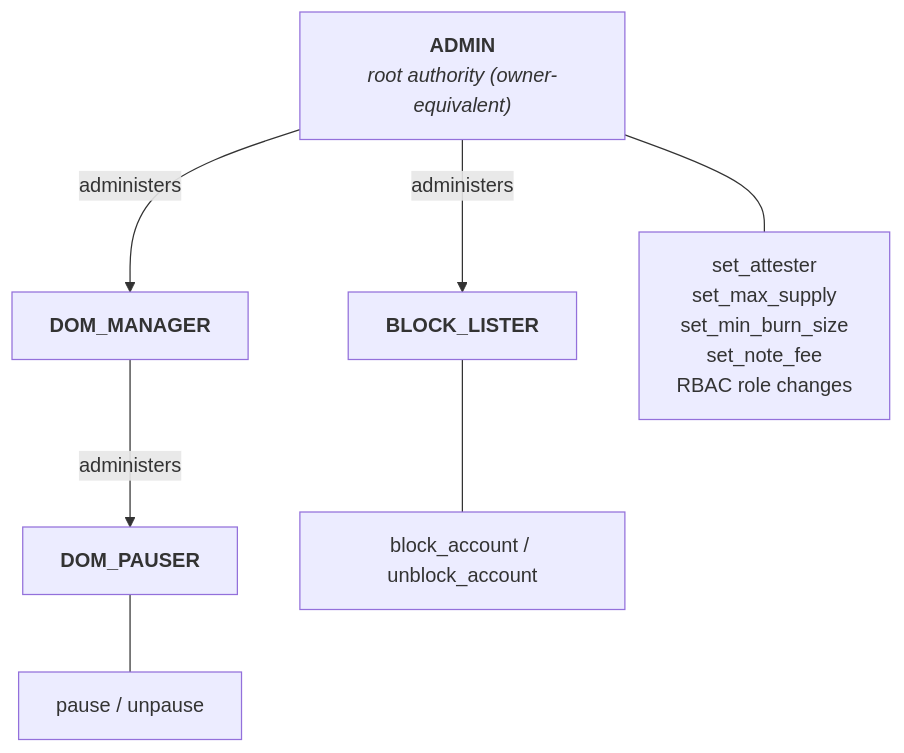
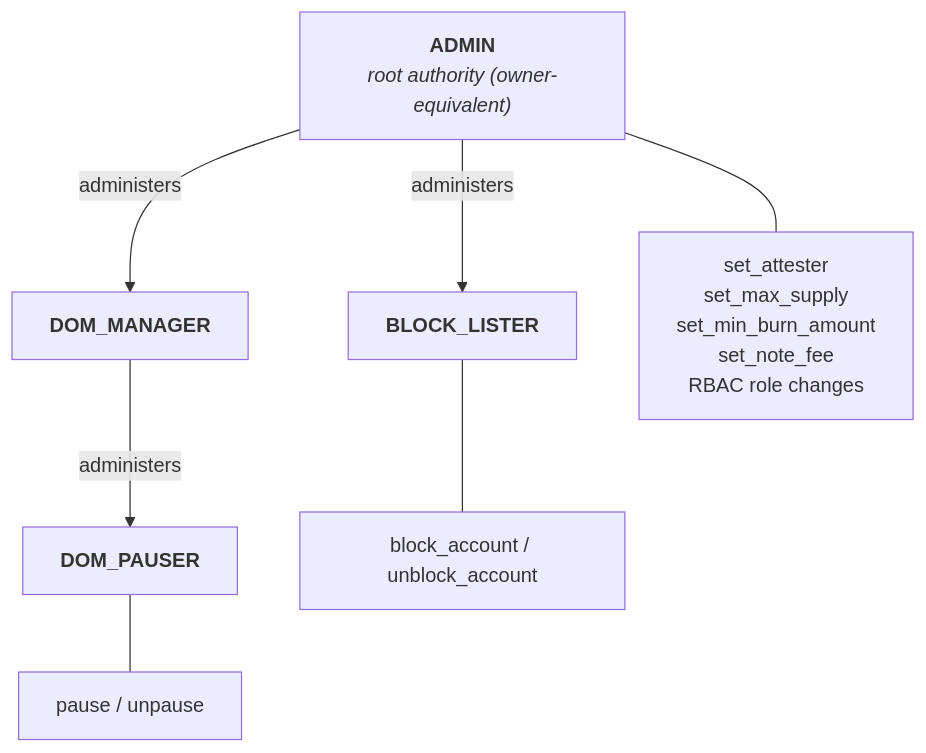
One commit to 0xMiden/miden-usdcx changed the diagram in docs/ARCHITECTURE.md. Above: the diagram before and after it, drawn with Mermaid. The commit also changed 32 other files, not shown here.

First line of the commit message:
refactor(encoding): replace the custom min-burn/max-supply admin notes with stock config notes

````diff
--- a/docs/ARCHITECTURE.md
+++ b/docs/ARCHITECTURE.md
@@ -100,13 +100,13 @@
 ```mermaid
 flowchart TD
     ADMIN["<b>ADMIN</b><br/><i>root authority (owner-equivalent)</i>"]
     DOM_MANAGER["<b>DOM_MANAGER</b>"]
     DOM_PAUSER["<b>DOM_PAUSER</b>"]
     BLOCK_LISTER["<b>BLOCK_LISTER</b>"]
     ADMIN -->|administers| DOM_MANAGER
     ADMIN -->|administers| BLOCK_LISTER
     DOM_MANAGER -->|administers| DOM_PAUSER
-    ADMIN --- A1["set_attester<br/>set_max_supply<br/>set_min_burn_size<br/>set_note_fee<br/>RBAC role changes"]
+    ADMIN --- A1["set_attester<br/>set_max_supply<br/>set_min_burn_amount<br/>set_note_fee<br/>RBAC role changes"]
     DOM_PAUSER --- A2["pause / unpause"]
     BLOCK_LISTER --- A3["block_account / unblock_account"]
 ```
````
